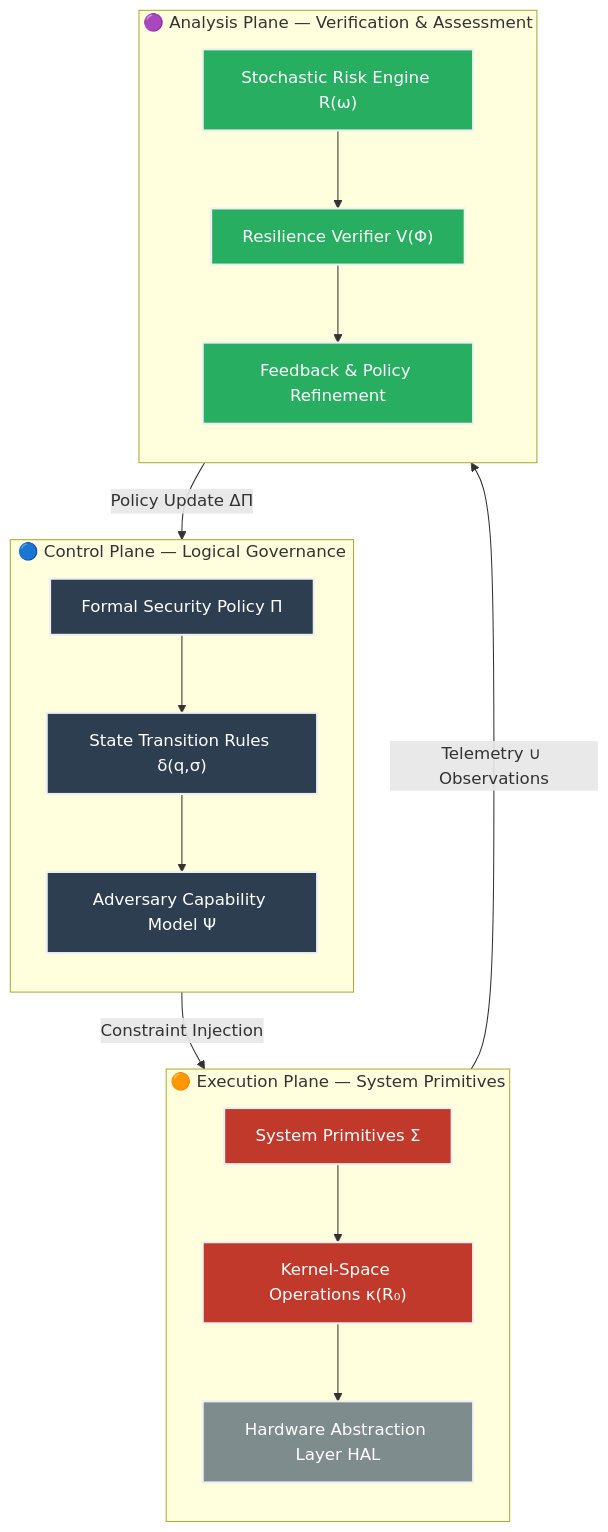
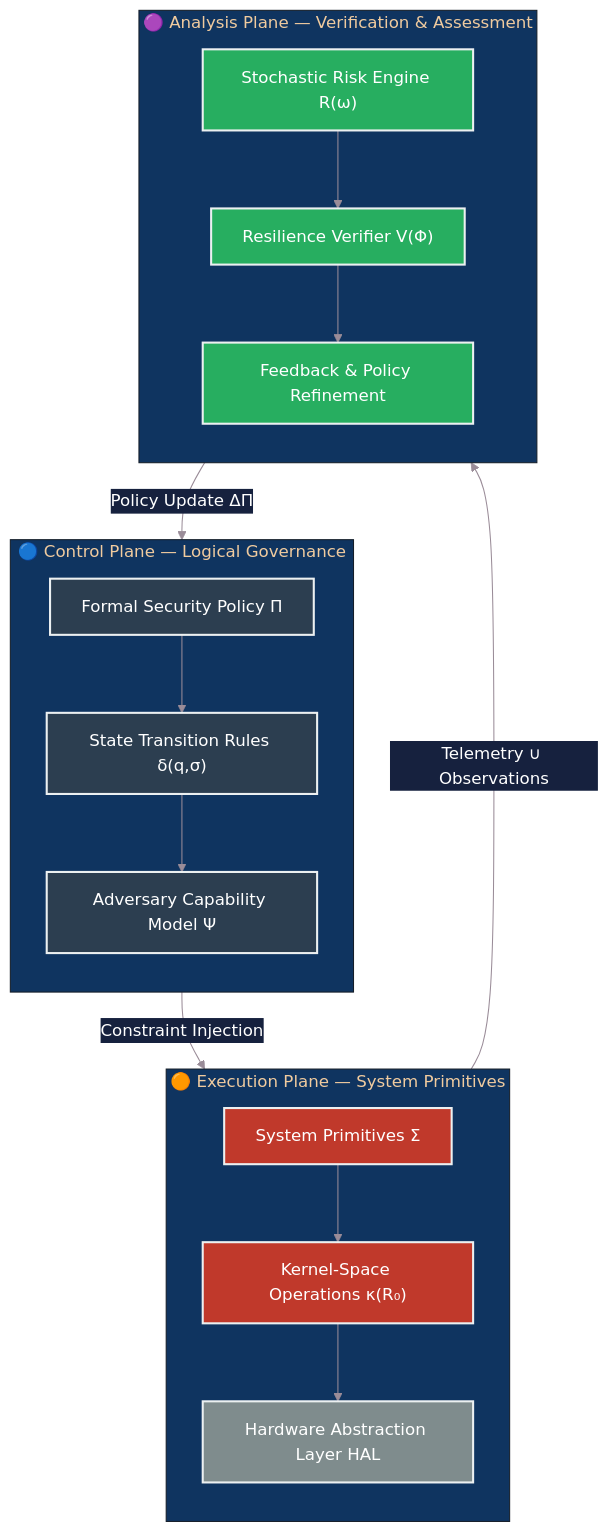
One commit to j3susangar1ca/plan changed the first of 11 diagrams in README.md. Above: the diagram before and after it, drawn with Mermaid. The commit also changed other lines of this file, not shown here.

````diff
--- a/README.md
+++ b/README.md
@@ -89,38 +115,46 @@
 ```mermaid
+%%{init: {'theme': 'base', 'themeVariables': { 
+  'primaryColor': '#1a1a2e',
+  'primaryTextColor': '#fff',
+  'primaryBorderColor': '#4a4e69',
+  'lineColor': '#9a8c98',
+  'secondaryColor': '#16213e',
+  'tertiaryColor': '#0f3460'
+}}}%%
 graph TB
     classDef control fill:#2c3e50,stroke:#ecf0f1,stroke-width:2px,color:#fff;
     classDef execution fill:#c0392b,stroke:#ecf0f1,stroke-width:2px,color:#fff;
     classDef analysis fill:#27ae60,stroke:#ecf0f1,stroke-width:2px,color:#fff;
     classDef hardware fill:#7f8c8d,stroke:#ecf0f1,stroke-width:2px,color:#fff;
 
     subgraph CONTROL["🔵 Control Plane — Logical Governance"]
         direction TB
         CP1["Formal Security Policy Π"]:::control
         CP2["State Transition Rules δ(q,σ)"]:::control
         CP3["Adversary Capability Model Ψ"]:::control
         CP1 --> CP2
         CP2 --> CP3
     end
 
     subgraph EXECUTION["🟠 Execution Plane — System Primitives"]
         direction TB
         DP1["System Primitives Σ"]:::execution
         DP2["Kernel-Space Operations κ(R₀)"]:::execution
         DP3["Hardware Abstraction Layer HAL"]:::hardware
         DP1 --> DP2
         DP2 --> DP3
     end
 
     subgraph ANALYSIS["🟣 Analysis Plane — Verification & Assessment"]
         direction TB
         AP1["Stochastic Risk Engine R(ω)"]:::analysis
         AP2["Resilience Verifier V(Φ)"]:::analysis
         AP3["Feedback & Policy Refinement"]:::analysis
         AP1 --> AP2
         AP2 --> AP3
     end
 
     CP3 -->|"Constraint Injection"| DP1
     DP3 -->|"Telemetry ∪ Observations"| AP1
     AP3 -->|"Policy Update ΔΠ"| CP1
 ```
````
